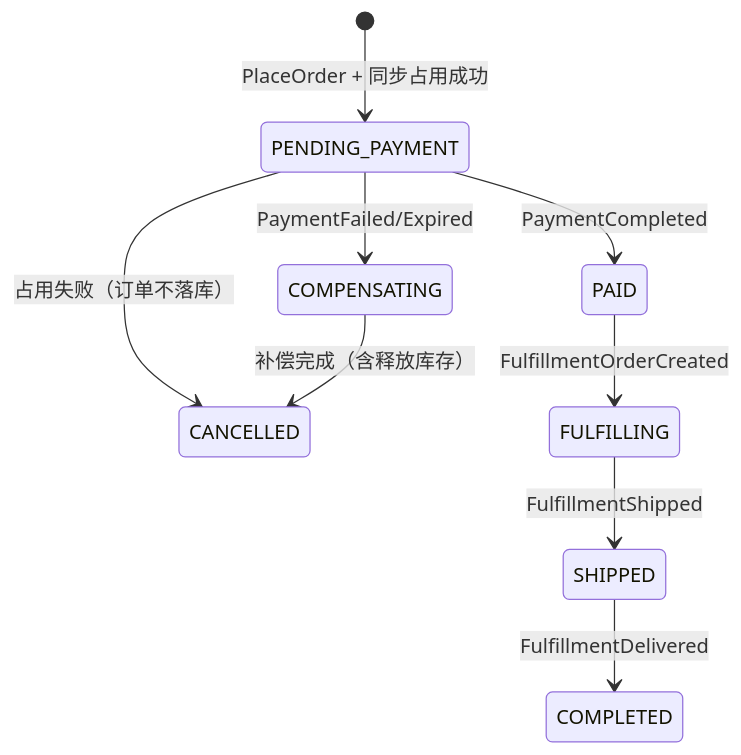
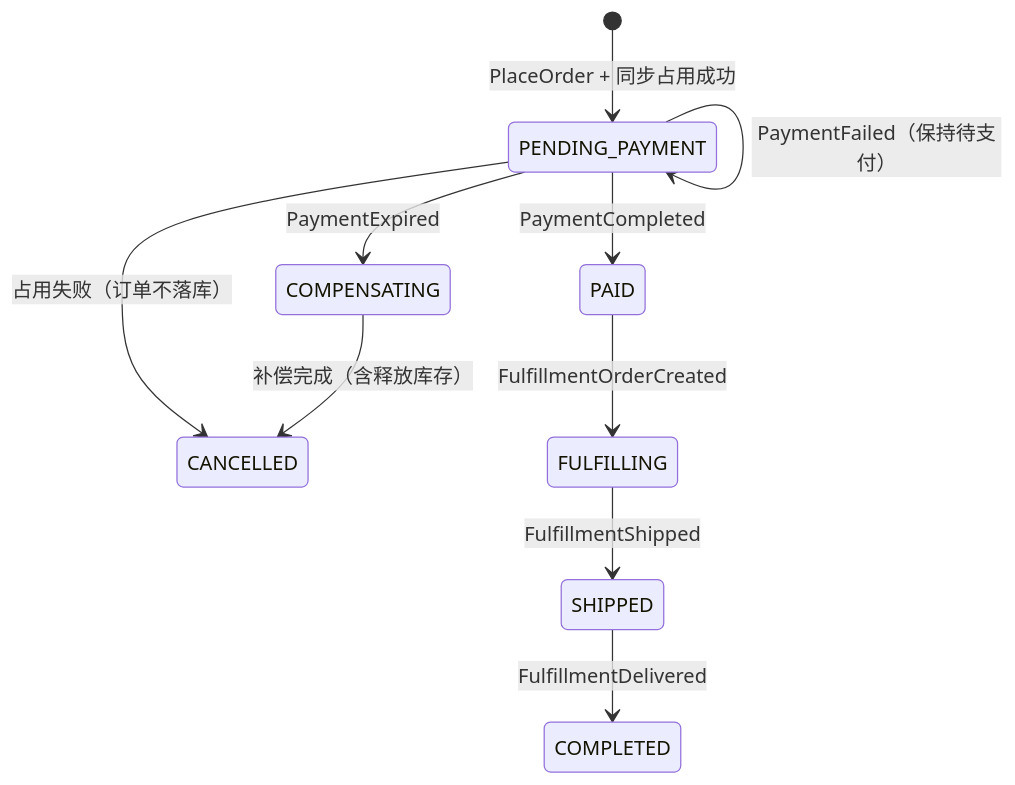
Before and after one commit to mianhe/HMall: the diagram in docs/bounded-contexts/order/saga-design.md, drawn with Mermaid. The commit also changed other lines of this file and 139 other files, not shown here.

````diff
--- a/docs/bounded-contexts/order/saga-design.md
+++ b/docs/bounded-contexts/order/saga-design.md
@@ -42,11 +42,12 @@
 ```mermaid
 stateDiagram-v2
     [*] --> PENDING_PAYMENT: PlaceOrder + 同步占用成功
     PENDING_PAYMENT --> CANCELLED: 占用失败（订单不落库）
     PENDING_PAYMENT --> PAID: PaymentCompleted
-    PENDING_PAYMENT --> COMPENSATING: PaymentFailed/Expired
+    PENDING_PAYMENT --> PENDING_PAYMENT: PaymentFailed（保持待支付）
+    PENDING_PAYMENT --> COMPENSATING: PaymentExpired
     PAID --> FULFILLING: FulfillmentOrderCreated
     FULFILLING --> SHIPPED: FulfillmentShipped
     SHIPPED --> COMPLETED: FulfillmentDelivered
     COMPENSATING --> CANCELLED: 补偿完成（含释放库存）
 ```
````
